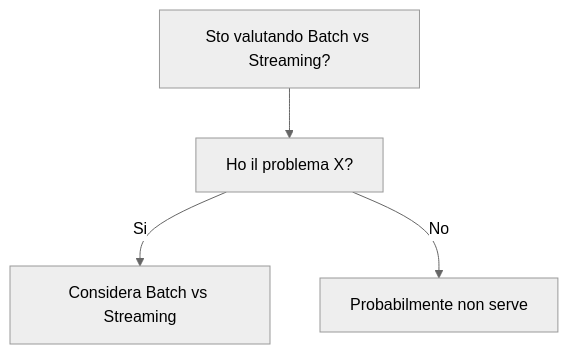
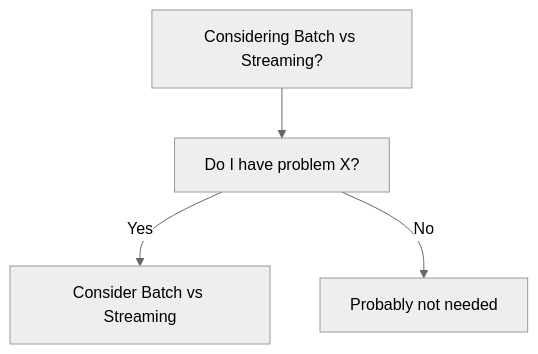
One commit to HxT9/Software-Dev-Wiki changed the diagram in dev-wiki/24_Data_Engineering/Batch_vs_Streaming/When_To_Use.md. Above: the diagram before and after it, drawn with Mermaid (neutral theme). The commit also changed other lines of this file and 3444 other files, not shown here.

````diff
--- a/dev-wiki/24_Data_Engineering/Batch_vs_Streaming/When_To_Use.md
+++ b/dev-wiki/24_Data_Engineering/Batch_vs_Streaming/When_To_Use.md
@@ -19,6 +19,6 @@
 ```mermaid
 flowchart TD
-  Q[Sto valutando Batch vs Streaming?] --> Q1[Ho il problema X?]
-  Q1 -->|Si| OK[Considera Batch vs Streaming]
-  Q1 -->|No| NO[Probabilmente non serve]
+  Q[Considering Batch vs Streaming?] --> Q1[Do I have problem X?]
+  Q1 -->|Yes| OK[Consider Batch vs Streaming]
+  Q1 -->|No| NO[Probably not needed]
 ```
````
